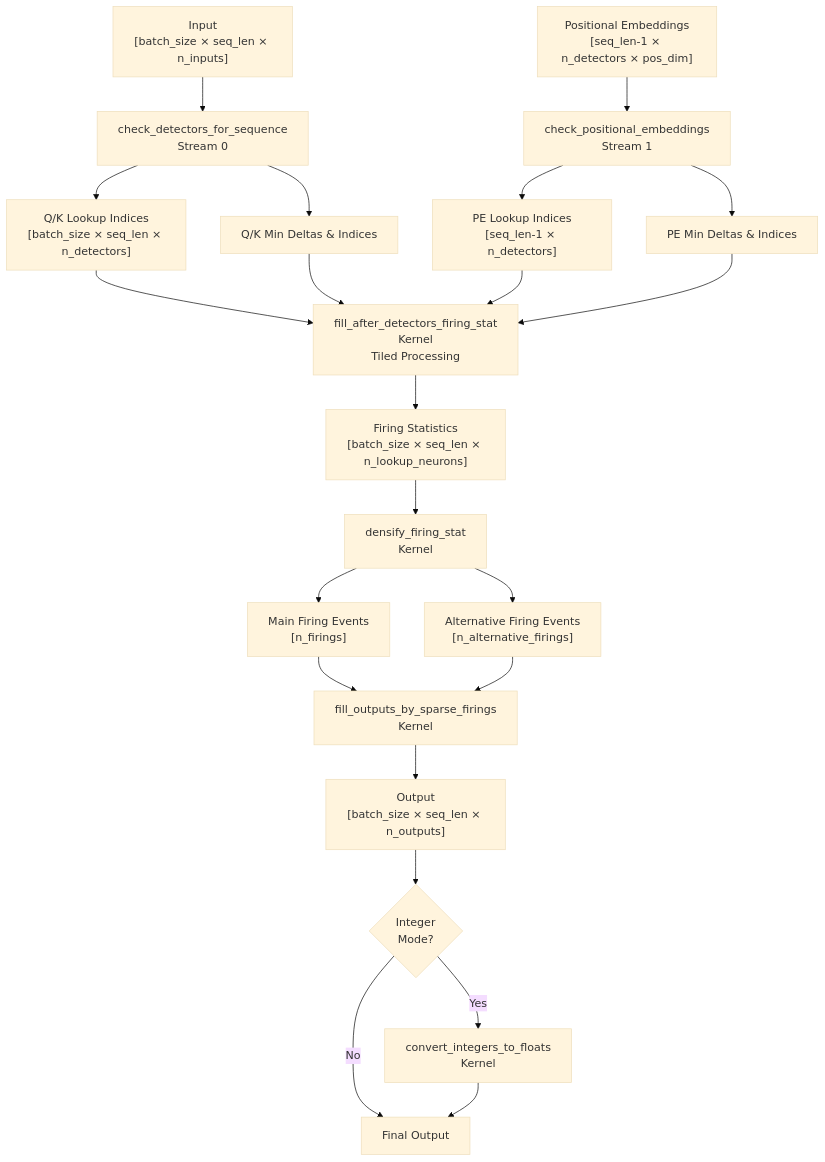
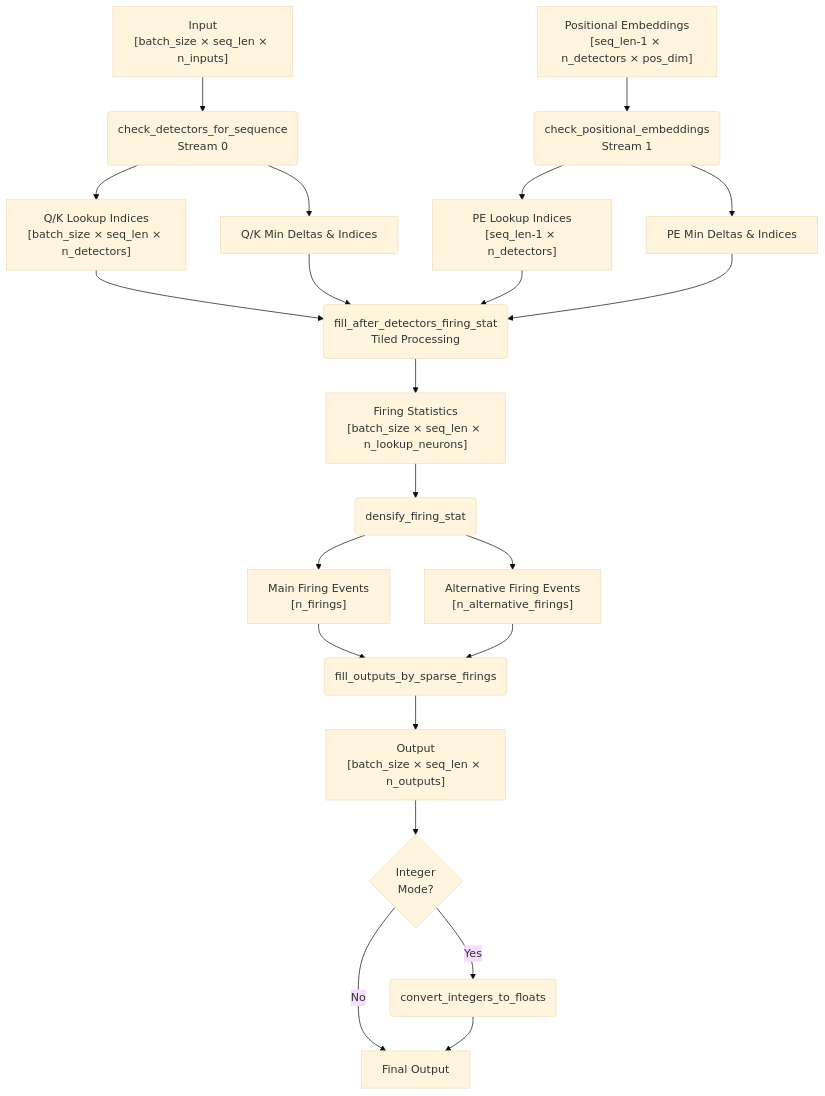
One commit to anatoli-starostin/spiky changed the third of 5 diagrams in spiky_cuda/lut/doc/LUT_RUNTIME_DATA_FLOW.md. Above: the diagram before and after it, drawn with Mermaid (base theme). The commit also changed other lines of this file, not shown here.

````diff
--- a/spiky_cuda/lut/doc/LUT_RUNTIME_DATA_FLOW.md
+++ b/spiky_cuda/lut/doc/LUT_RUNTIME_DATA_FLOW.md
@@ -65,33 +65,33 @@
 ```mermaid
 flowchart TD
-    A["Input<br/>[batch_size × seq_len × n_inputs]"] --> B[check_detectors_for_sequence<br/>Stream 0]
-    C["Positional Embeddings<br/>[seq_len-1 × n_detectors × pos_dim]"] --> D[check_positional_embeddings<br/>Stream 1]
+    A["Input<br/>[batch_size × seq_len × n_inputs]"] --> B("check_detectors_for_sequence<br/>Stream 0")
+    C["Positional Embeddings<br/>[seq_len-1 × n_detectors × pos_dim]"] --> D("check_positional_embeddings<br/>Stream 1")
     
     B --> E["Q/K Lookup Indices<br/>[batch_size × seq_len × n_detectors]"]
     B --> F[Q/K Min Deltas & Indices]
     
     D --> G["PE Lookup Indices<br/>[seq_len-1 × n_detectors]"]
     D --> H[PE Min Deltas & Indices]
     
-    E --> I[fill_after_detectors_firing_stat<br/>Kernel<br/>Tiled Processing]
+    E --> I("fill_after_detectors_firing_stat<br/>Tiled Processing")
     F --> I
     G --> I
     H --> I
     
     I --> J["Firing Statistics<br/>[batch_size × seq_len × n_lookup_neurons]"]
     
-    J --> K[densify_firing_stat<br/>Kernel]
+    J --> K(densify_firing_stat)
     
     K --> L["Main Firing Events<br/>[n_firings]"]
     K --> M["Alternative Firing Events<br/>[n_alternative_firings]"]
     
-    L --> N[fill_outputs_by_sparse_firings<br/>Kernel]
+    L --> N(fill_outputs_by_sparse_firings)
     M --> N
     
     N --> O["Output<br/>[batch_size × seq_len × n_outputs]"]
     
     O --> P{Integer<br/>Mode?}
-    P -->|Yes| Q[convert_integers_to_floats<br/>Kernel]
+    P -->|Yes| Q(convert_integers_to_floats)
     P -->|No| R[Final Output]
     Q --> R
 ```
````
